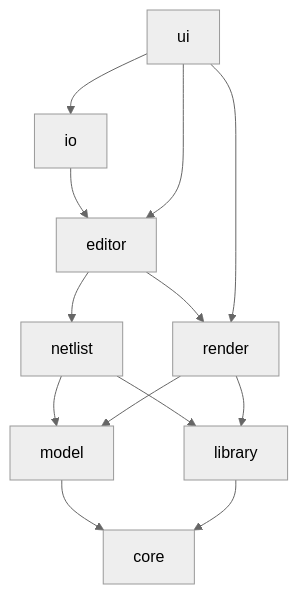
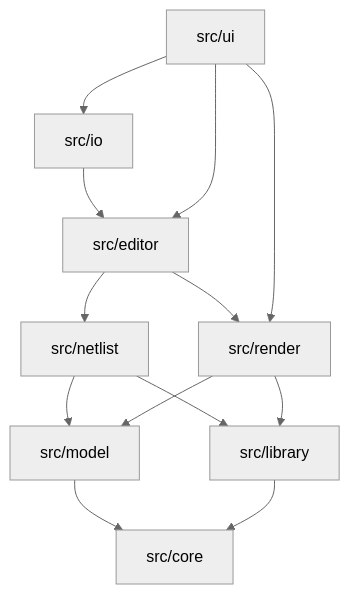
One commit to mygithubzz1/sch changed the diagram in docs/ARCHITECTURE.md. Above: the diagram before and after it, drawn with Mermaid (neutral theme). The commit also changed other lines of this file, not shown here.

First line of the commit message:
docs(architecture): 统一路径为 src/ 并新增顶层目录约定与 ADR

````diff
--- a/docs/ARCHITECTURE.md
+++ b/docs/ARCHITECTURE.md
@@ -36,15 +49,15 @@
 ```mermaid
 graph TD
-  ui --> io
-  io --> editor
-  editor --> netlist
-  editor --> render
-  netlist --> model
-  netlist --> library
+  ui["src/ui"] --> io["src/io"]
+  io --> editor["src/editor"]
+  editor --> netlist["src/netlist"]
+  editor --> render["src/render"]
+  netlist --> model["src/model"]
+  netlist --> library["src/library"]
   render --> model
   render --> library
-  model --> core
+  model --> core["src/core"]
   library --> core
   ui --> editor
   ui --> render
 ```
````
